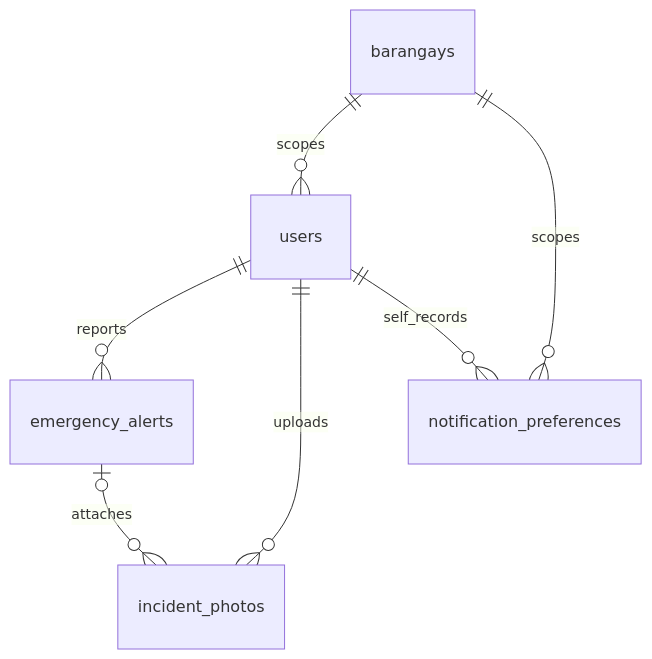
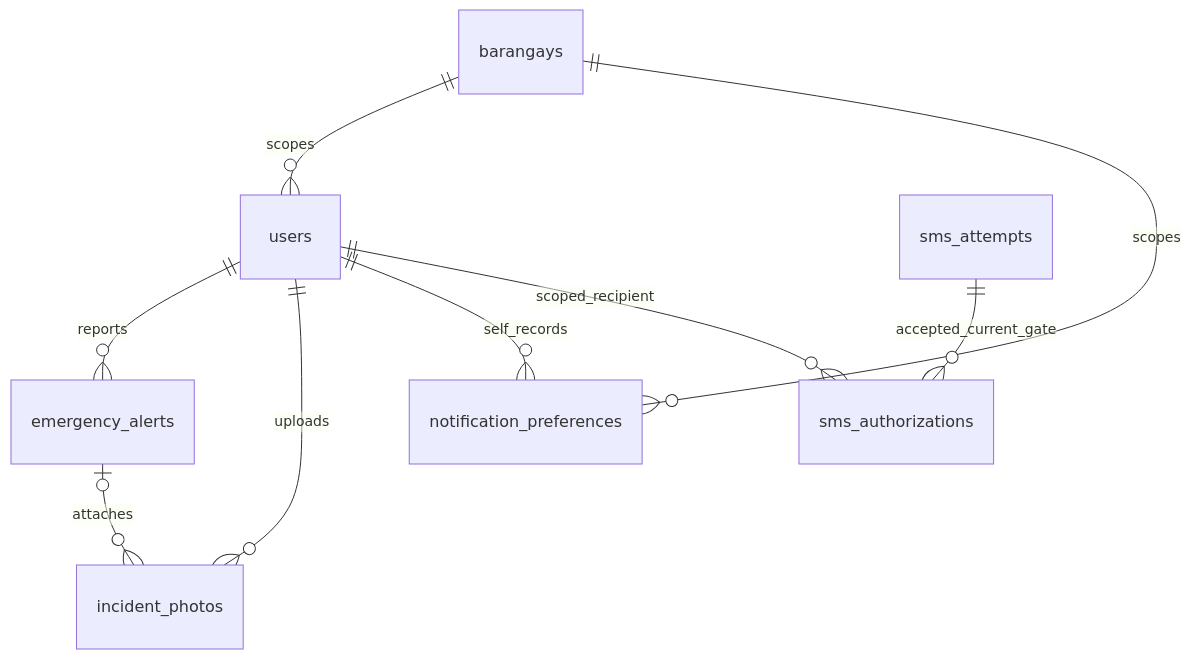
The diagram in backend/docs/DBA-PRESENTATION.md (Butvh/barangay-connect-frontend), drawn with Mermaid before and after one commit. The commit also changed other lines of this file and 8 other files, not shown here.

```diff
--- a/backend/docs/DBA-PRESENTATION.md
+++ b/backend/docs/DBA-PRESENTATION.md
@@ -11,9 +11,11 @@
 ~~~mermaid
 erDiagram
   barangays ||--o{ users : scopes
   users ||--o{ emergency_alerts : reports
   users ||--o{ incident_photos : uploads
   emergency_alerts o|--o{ incident_photos : attaches
   users ||--o{ notification_preferences : self_records
   barangays ||--o{ notification_preferences : scopes
+  users ||--o{ sms_authorizations : scoped_recipient
+  sms_attempts ||--o{ sms_authorizations : accepted_current_gate
 ~~~
```
